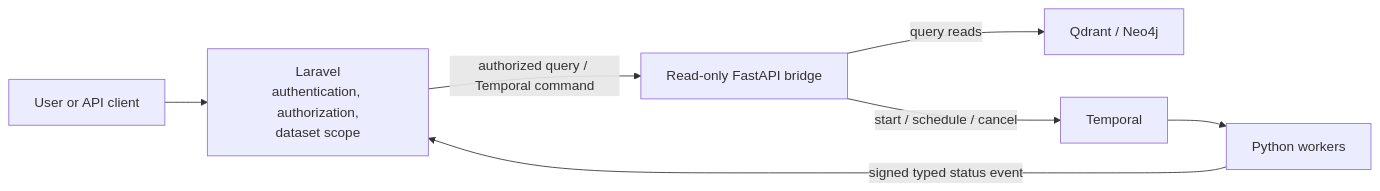
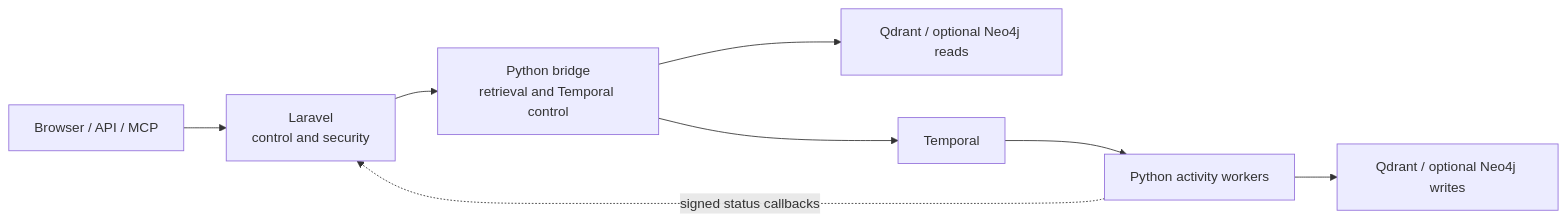
Before and after one commit to hawk-digital-environments/HAWKI-RAG: the first of 3 diagrams in _documentation/Getting Started/3_introduction_architecture.md, drawn with Mermaid. The commit also changed other lines of this file and 35 other files, not shown here.

````diff
--- a/_documentation/Getting Started/3_introduction_architecture.md
+++ b/_documentation/Getting Started/3_introduction_architecture.md
@@ -60,9 +13,10 @@
 ```mermaid
 flowchart LR
-    User["User or API client"] --> Laravel["Laravel<br/>authentication, authorization,<br/>dataset scope"]
-    Laravel -->|"authorized query / Temporal command"| FastAPI["Read-only FastAPI bridge"]
-    FastAPI -->|"query reads"| Stores["Qdrant / Neo4j"]
-    FastAPI -->|"start / schedule / cancel"| Temporal["Temporal"]
-    Temporal --> Workers["Python workers"]
-    Workers -->|"signed typed status event"| Laravel
+    Client["Browser / API / MCP"] --> Laravel["Laravel<br/>control and security"]
+    Laravel --> Bridge["Python bridge<br/>retrieval and Temporal control"]
+    Bridge --> Reads["Qdrant / optional Neo4j reads"]
+    Bridge --> Temporal["Temporal"]
+    Temporal --> Workers["Python activity workers"]
+    Workers --> Writes["Qdrant / optional Neo4j writes"]
+    Workers -. "signed status callbacks" .-> Laravel
 ```
````
